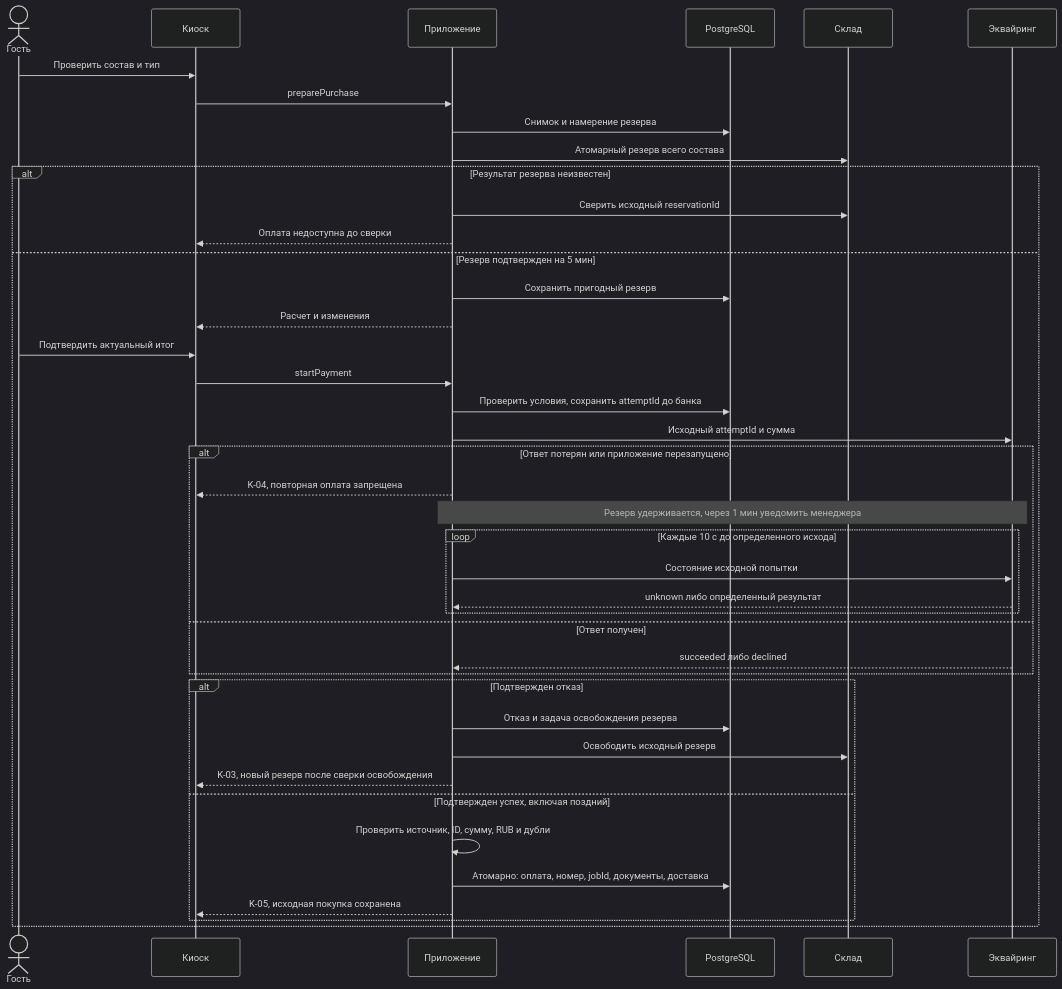
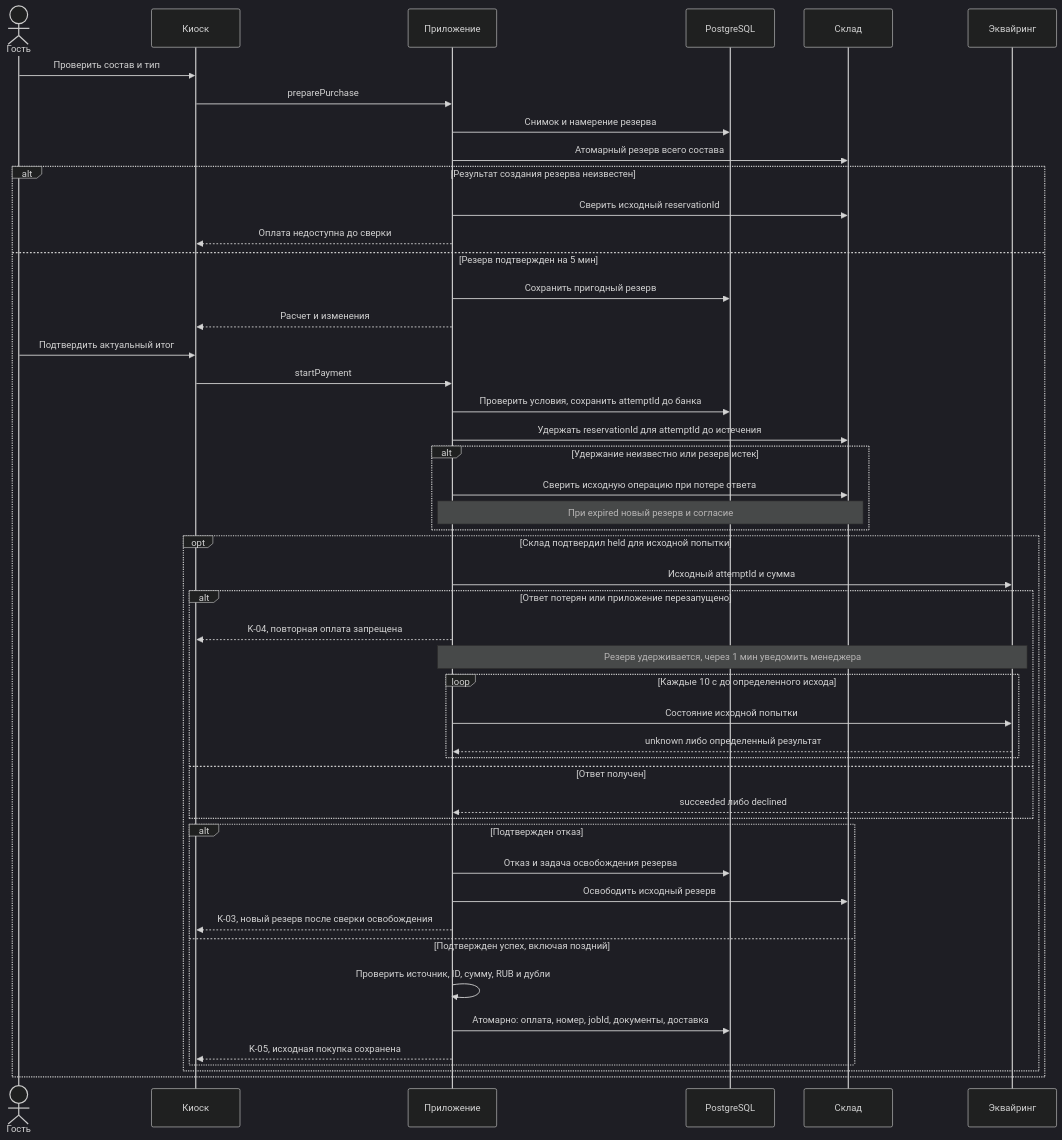
Before and after one commit to n-leo-leo/restaurant-order-board: the first of 8 diagrams in docs/project/published/04_architecture/integration-flows.md, drawn with Mermaid (dark theme). The commit also changed other lines of this file and 92 other files, not shown here.

````diff
--- a/docs/project/published/04_architecture/integration-flows.md
+++ b/docs/project/published/04_architecture/integration-flows.md
@@ -7,43 +7,50 @@
 ```mermaid
 sequenceDiagram
 actor Guest as Гость
 participant Kiosk as Киоск
 participant App as Приложение
 participant DB as PostgreSQL
 participant Stock as Склад
 participant Pay as Эквайринг
 Guest->>Kiosk: Проверить состав и тип
 Kiosk->>App: preparePurchase
 App->>DB: Снимок и намерение резерва
 App->>Stock: Атомарный резерв всего состава
-alt Результат резерва неизвестен
+alt Результат создания резерва неизвестен
 App->>Stock: Сверить исходный reservationId
 App-->>Kiosk: Оплата недоступна до сверки
 else Резерв подтвержден на 5 мин
 App->>DB: Сохранить пригодный резерв
 App-->>Kiosk: Расчет и изменения
 Guest->>Kiosk: Подтвердить актуальный итог
 Kiosk->>App: startPayment
 App->>DB: Проверить условия, сохранить attemptId до банка
+App->>Stock: Удержать reservationId для attemptId до истечения
+alt Удержание неизвестно или резерв истек
+App->>Stock: Сверить исходную операцию при потере ответа
+Note over App,Stock: При expired новый резерв и согласие
+end
+opt Склад подтвердил held для исходной попытки
 App->>Pay: Исходный attemptId и сумма
 alt Ответ потерян или приложение перезапущено
 App-->>Kiosk: K-04, повторная оплата запрещена
 Note over App,Pay: Резерв удерживается, через 1 мин уведомить менеджера
 loop Каждые 10 с до определенного исхода
 App->>Pay: Состояние исходной попытки
 Pay-->>App: unknown либо определенный результат
 end
 else Ответ получен
 Pay-->>App: succeeded либо declined
 end
 alt Подтвержден отказ
 App->>DB: Отказ и задача освобождения резерва
 App->>Stock: Освободить исходный резерв
 App-->>Kiosk: K-03, новый резерв после сверки освобождения
 else Подтвержден успех, включая поздний
 App->>App: Проверить источник, ID, сумму, RUB и дубли
 App->>DB: Атомарно: оплата, номер, jobId, документы, доставка
 App-->>Kiosk: K-05, исходная покупка сохранена
 end
 end
+end
 ```
````
